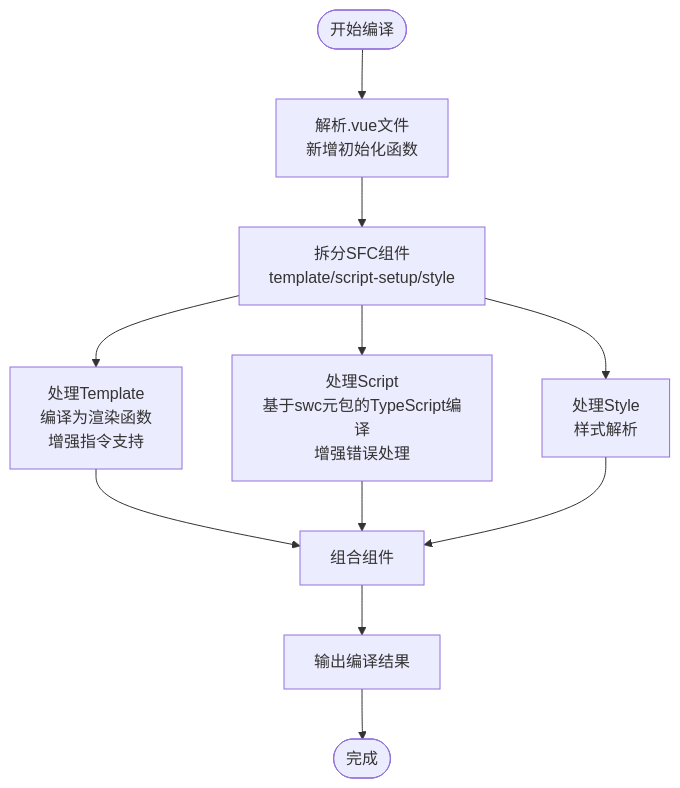
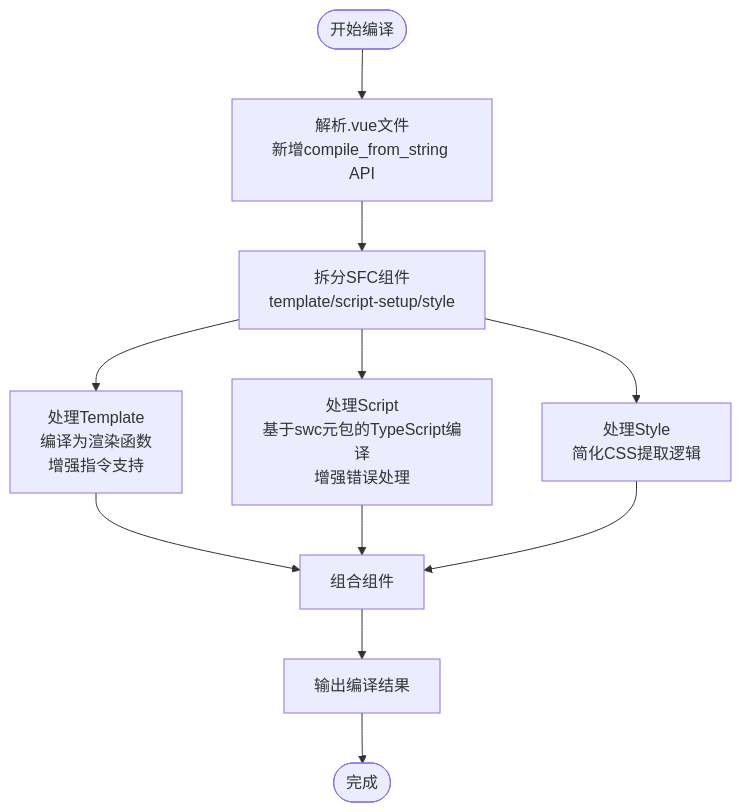
One commit to itszzl-sudo/iris changed the fourth of 7 diagrams in .qoder/repowiki/zh/content/技术架构详解/即时转译系统/即时转译系统.md. Above: the diagram before and after it, drawn with Mermaid. The commit also changed other lines of this file and 34 other files, not shown here.

````diff
--- a/.qoder/repowiki/zh/content/技术架构详解/即时转译系统/即时转译系统.md
+++ b/.qoder/repowiki/zh/content/技术架构详解/即时转译系统/即时转译系统.md
@@ -231,13 +239,13 @@
 ```mermaid
 flowchart TD
-Start([开始编译]) --> Parse["解析.vue文件<br/>新增初始化函数"]
+Start([开始编译]) --> Parse["解析.vue文件<br/>新增compile_from_string API"]
 Parse --> Split["拆分SFC组件<br/>template/script-setup/style"]
 Split --> Template["处理Template<br/>编译为渲染函数<br/>增强指令支持"]
 Split --> Script["处理Script<br/>基于swc元包的TypeScript编译<br/>增强错误处理"]
-Split --> Style["处理Style<br/>样式解析"]
+Split --> Style["处理Style<br/>简化CSS提取逻辑"]
 Template --> Combine["组合组件"]
 Script --> Combine
 Style --> Combine
 Combine --> Output["输出编译结果"]
 Output --> End([完成])
 ```
````
